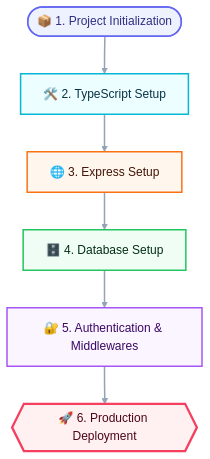
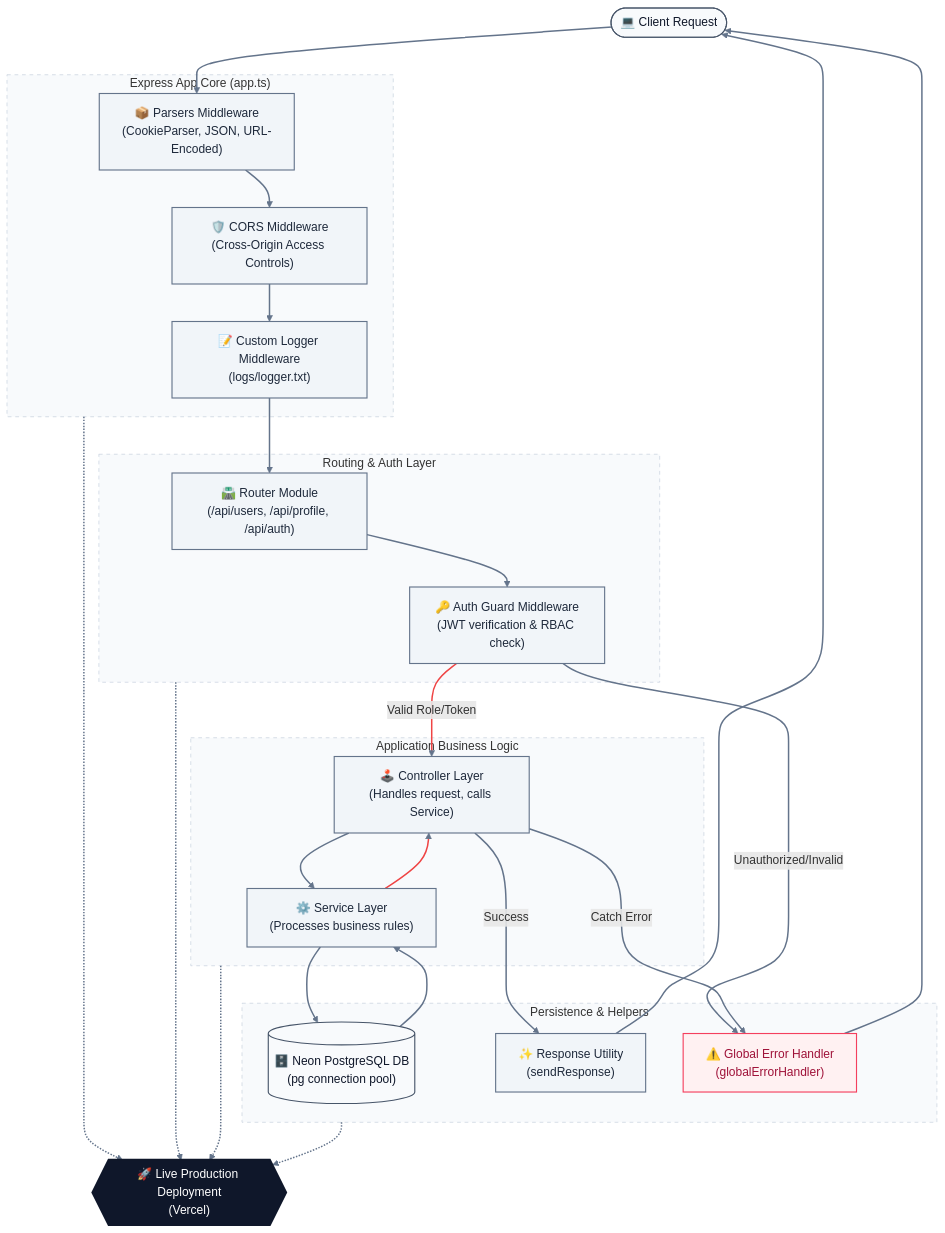
The diagram in README.md (Islamul-Hoque/Express-Architecture-Blueprint), drawn with Mermaid before and after one commit. The commit also changed other lines of this file, not shown here.

Commit message:
docs(readme): add polished workflow diagram illustrating full request lifecycle with middleware, routing, services, DB, utilities, and deployment

````diff
--- a/README.md
+++ b/README.md
@@ -14,28 +14,81 @@
 ```mermaid
 flowchart TD
     %% Node Definitions & Shapes
-    Init(["📦 1. Project Initialization"])
-    TS["🛠️ 2. TypeScript Setup"]
-    Express["🌐 3. Express Setup"]
-    DB["🗄️ 4. Database Setup"]
-    Auth["🔐 5. Authentication & Middlewares"]
-    Deploy{{"🚀 6. Production Deployment"}}
+    Client(["💻 Client Request"])
+    
+    subgraph App ["Express App Core (app.ts)"]
+        Parser["📦 Parsers Middleware<br>(CookieParser, JSON, URL-Encoded)"]
+        CORS["🛡️ CORS Middleware<br>(Cross-Origin Access Controls)"]
+        Logger["📝 Custom Logger Middleware<br>(logs/logger.txt)"]
+    end
+    
+    subgraph Routing ["Routing & Auth Layer"]
+        Router["🛣️ Router Module<br>(/api/users, /api/profile, /api/auth)"]
+        Auth["🔑 Auth Guard Middleware<br>(JWT verification & RBAC check)"]
+    end
+    
+    subgraph Logic ["Application Business Logic"]
+        Controller["🕹️ Controller Layer<br>(Handles request, calls Service)"]
+        Service["⚙️ Service Layer<br>(Processes business rules)"]
+    end
+    
+    subgraph Data ["Persistence & Helpers"]
+        DB[("🗄️ Neon PostgreSQL DB<br>(pg connection pool)")]
+        Utility["✨ Response Utility<br>(sendResponse)"]
+        Error["⚠️ Global Error Handler<br>(globalErrorHandler)"]
+    end
+
+    Deploy{{"🚀 Live Production Deployment<br>(Vercel)"}}
 
     %% Flow Connections
-    Init --> TS
-    TS --> Express
-    Express --> DB
-    DB --> Auth
-    Auth --> Deploy
+    Client --> Parser
+    Parser --> CORS
+    CORS --> Logger
+    Logger --> Router
+    
+    Router --> Auth
+    Auth -->|Valid Role/Token| Controller
+    Auth -->|Unauthorized/Invalid| Error
+    
+    Controller --> Service
+    Service --> DB
+    DB --> Service
+    Service --> Controller
+    
+    Controller -->|Success| Utility
+    Controller -->|Catch Error| Error
+    
+    Utility --> Client
+    Error --> Client
+    
+    App & Routing & Logic & Data -.-> Deploy
 
-    %% Custom Styling
-    style Init fill:#eef2ff,stroke:#6366f1,stroke-width:2px,color:#312e81
-    style TS fill:#ecfeff,stroke:#06b6d4,stroke-width:2px,color:#083344
-    style Express fill:#fff7ed,stroke:#f97316,stroke-width:2px,color:#431407
-    style DB fill:#f0fdf4,stroke:#22c55e,stroke-width:2px,color:#052e16
-    style Auth fill:#faf5ff,stroke:#a855f7,stroke-width:2px,color:#3b0764
-    style Deploy fill:#fff1f2,stroke:#f43f5e,stroke-width:3px,color:#4c0519
+    %% Custom Neutral Styling (Slate/Gray Palette)
+    style Client fill:#f8fafc,stroke:#475569,stroke-width:1.5px,color:#0f172a
+    style Deploy fill:#0f172a,stroke:#0f172a,stroke-width:2.5px,color:#ffffff
+    
+    style Parser fill:#f1f5f9,stroke:#64748b,stroke-width:1.5px,color:#1e293b
+    style CORS fill:#f1f5f9,stroke:#64748b,stroke-width:1.5px,color:#1e293b
+    style Logger fill:#f1f5f9,stroke:#64748b,stroke-width:1.5px,color:#1e293b
+    
+    style Router fill:#f1f5f9,stroke:#64748b,stroke-width:1.5px,color:#1e293b
+    style Auth fill:#f1f5f9,stroke:#64748b,stroke-width:1.5px,color:#1e293b
+    
+    style Controller fill:#f1f5f9,stroke:#64748b,stroke-width:1.5px,color:#1e293b
+    style Service fill:#f1f5f9,stroke:#64748b,stroke-width:1.5px,color:#1e293b
+    
+    style DB fill:#f8fafc,stroke:#475569,stroke-width:1.5px,color:#0f172a
+    style Utility fill:#f1f5f9,stroke:#64748b,stroke-width:1.5px,color:#1e293b
+    style Error fill:#fff1f2,stroke:#f43f5e,stroke-width:1.5px,color:#9f1239
+
+    %% Subgraph Styling
+    style App fill:#f8fafc,stroke:#cbd5e1,stroke-width:1px,stroke-dasharray: 5 5
+    style Routing fill:#f8fafc,stroke:#cbd5e1,stroke-width:1px,stroke-dasharray: 5 5
+    style Logic fill:#f8fafc,stroke:#cbd5e1,stroke-width:1px,stroke-dasharray: 5 5
+    style Data fill:#f8fafc,stroke:#cbd5e1,stroke-width:1px,stroke-dasharray: 5 5
 
     %% Link Styling
-    linkStyle default stroke:#94a3b8,stroke-width:2px;
+    linkStyle default stroke:#64748b,stroke-width:2px;
+    linkStyle 5 stroke:#ef4444,stroke-width:2px;
+    linkStyle 10 stroke:#ef4444,stroke-width:2px;
 ```
````
